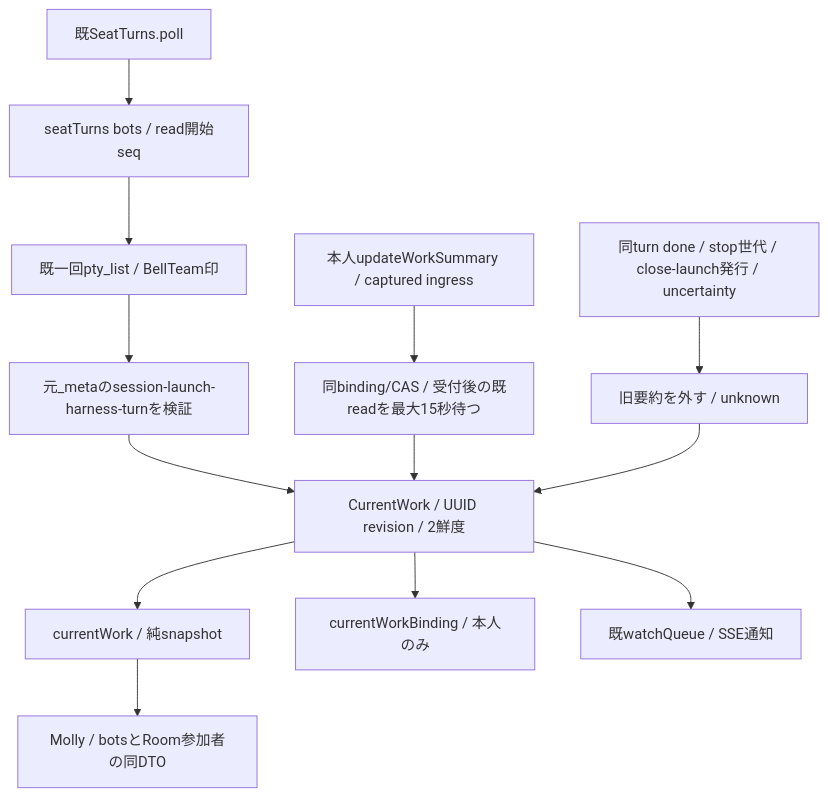
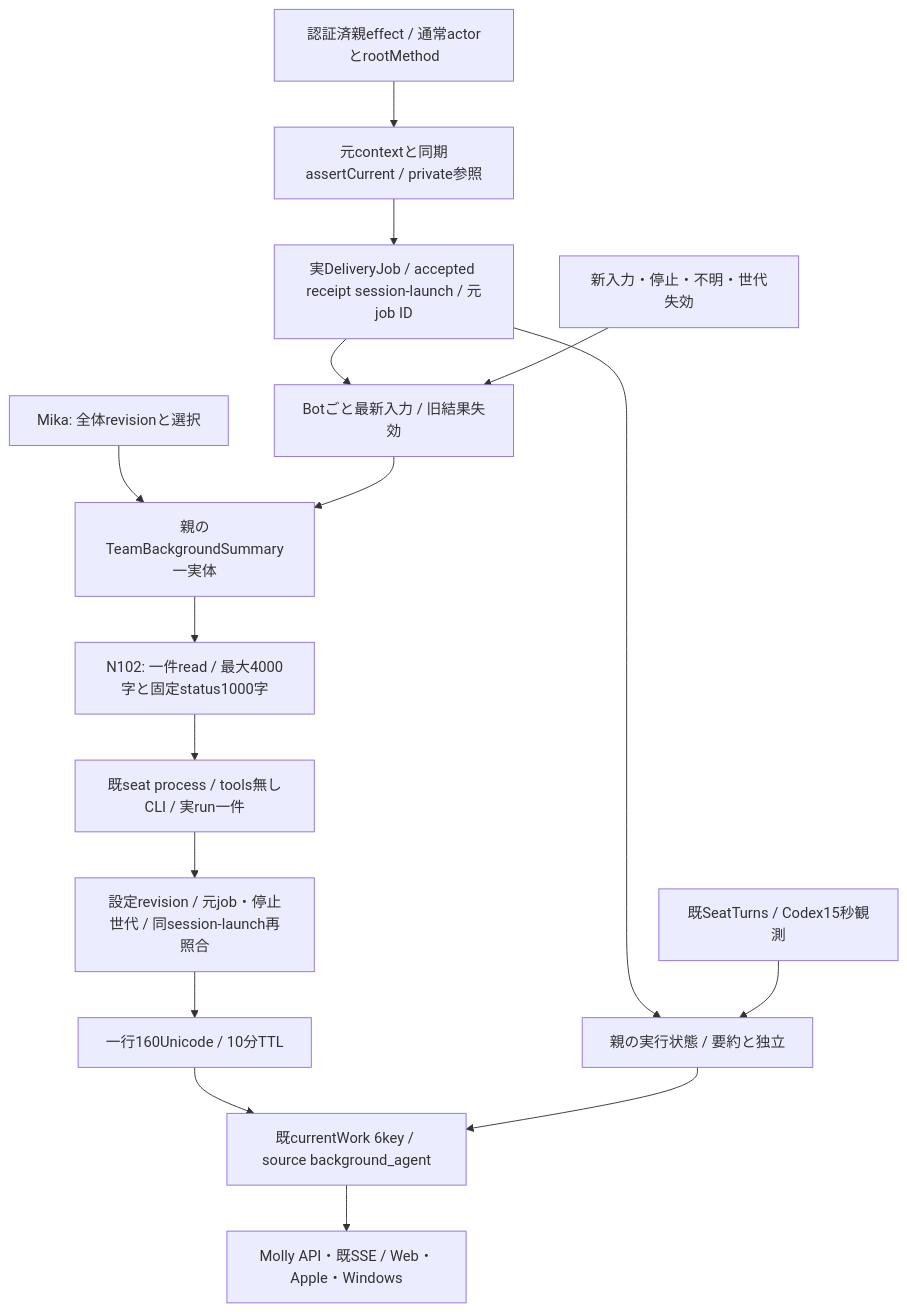
The diagram in docs/architecture/modules/execution/current-work.md (kitepon/BellTeam), drawn with Mermaid before and after one commit. The commit also changed other lines of this file and 28 other files, not shown here.

Commit message:
Assemble one shared summary worker with authenticated limited input and actual shutdown

````diff
--- a/docs/architecture/modules/execution/current-work.md
+++ b/docs/architecture/modules/execution/current-work.md
@@ -5,15 +5,18 @@
 ```mermaid
 flowchart TD
-  Poll[既SeatTurns.poll] --> Read[seatTurns bots / read開始seq]
-  Read --> Native[既一回pty_list / BellTeam印]
-  Native --> Rows[元_metaのsession-launch-harness-turnを検証]
-  Rows --> Parent[CurrentWork / UUID revision / 2鮮度]
-  Self[本人updateWorkSummary / captured ingress] --> Wait[同binding/CAS / 受付後の既readを最大15秒待つ]
-  Wait --> Parent
-  End[同turn done / stop世代 / close-launch発行 / uncertainty] --> Clear[旧要約を外す / unknown]
-  Clear --> Parent
-  Parent --> DTO[currentWork / 純snapshot]
-  Parent --> Binding[currentWorkBinding / 本人のみ]
-  Parent --> Event[既watchQueue / SSE通知]
-  DTO --> Common[Molly / botsとRoom参加者の同DTO]
+  Settings[Mika: 全体revisionと選択] --> Worker[親のTeamBackgroundSummary一実体]
+  Effect[認証済親effect / 通常actorとrootMethod] --> Authority[元contextと同期assertCurrent / private参照]
+  Authority --> Job[実DeliveryJob / accepted receipt session-launch / 元job ID]
+  Job --> Latest[Botごと最新入力 / 旧結果失効]
+  Latest --> Worker
+  Worker --> Reader[N102: 一件read / 最大4000字と固定status1000字]
+  Reader --> Runner[既seat process / tools無しCLI / 実run一件]
+  Runner --> Check[設定revision / 元job・停止世代 / 同session-launch再照合]
+  Check --> Memory[一行160Unicode / 10分TTL]
+  Job --> State[親の実行状態 / 要約と独立]
+  Native[既SeatTurns / Codex15秒観測] --> State
+  Memory --> DTO[既currentWork 6key / source background_agent]
+  State --> DTO
+  DTO --> Public[Molly API・既SSE / Web・Apple・Windows]
+  End[新入力・停止・不明・世代失効] --> Latest
 ```
````
